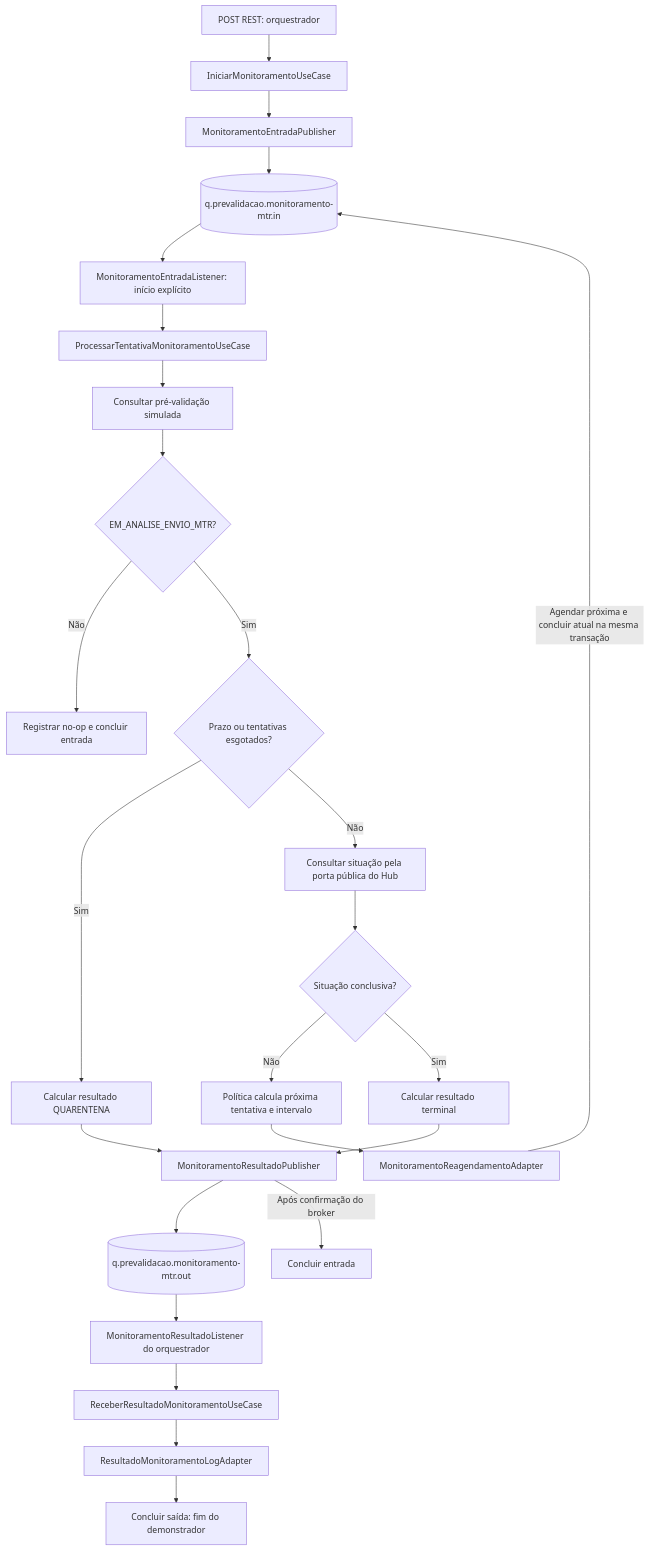
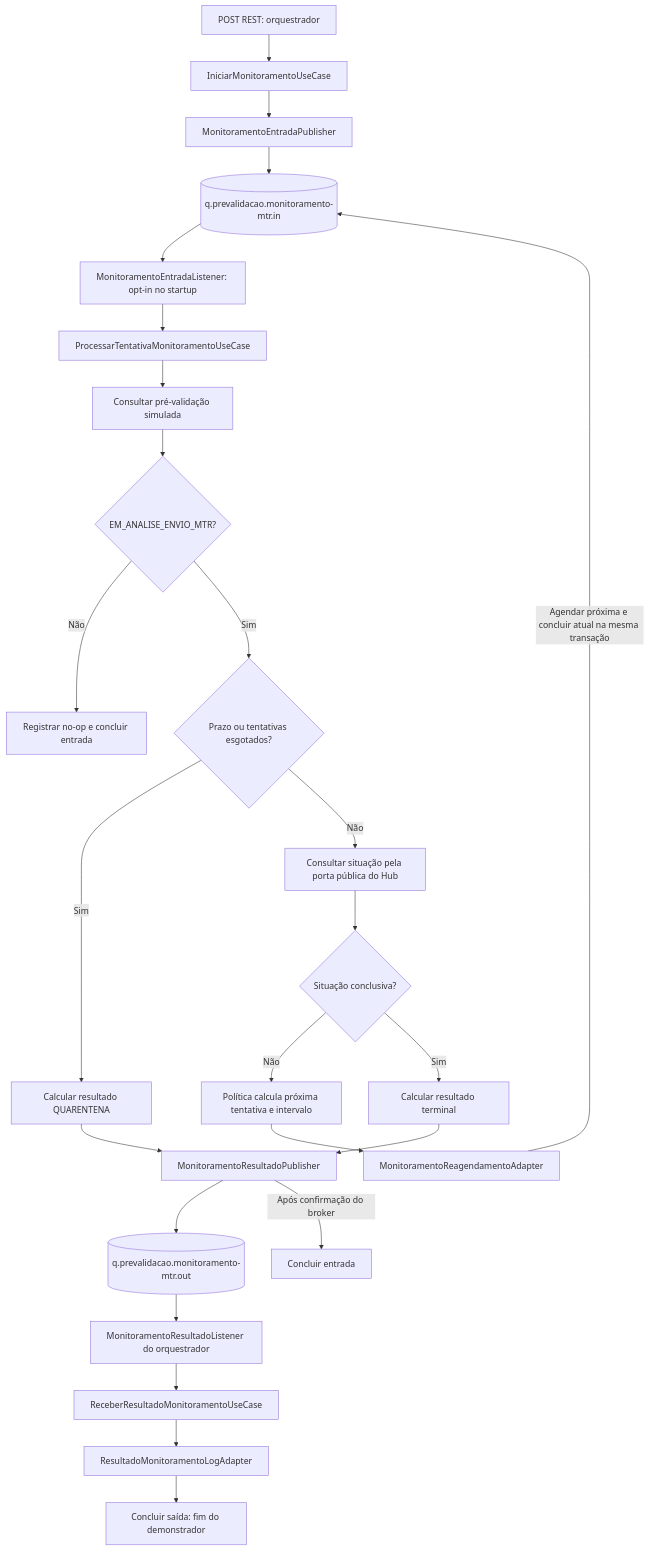
The second of 2 diagrams in doc/guias/guia-service-bus-amqp-dossie.md (edoardo-bianco/arvore-documento-quarkus-proxy-ft-simulador-otel), drawn with Mermaid before and after one commit. The commit also changed other lines of this file and 12 other files, not shown here.

First line of the commit message:
feat: ativar listener de monitoramento por configuracao

````diff
--- a/doc/guias/guia-service-bus-amqp-dossie.md
+++ b/doc/guias/guia-service-bus-amqp-dossie.md
@@ -228,27 +237,27 @@
 ```mermaid
 flowchart TD
     REST["POST REST: orquestrador"] --> INICIAR["IniciarMonitoramentoUseCase"]
     INICIAR --> PUBIN["MonitoramentoEntradaPublisher"]
     PUBIN --> QIN[("q.prevalidacao.monitoramento-mtr.in")]
-    QIN --> LIN["MonitoramentoEntradaListener: início explícito"]
+    QIN --> LIN["MonitoramentoEntradaListener: opt-in no startup"]
     LIN --> PROCESSAR["ProcessarTentativaMonitoramentoUseCase"]
     PROCESSAR --> PRE["Consultar pré-validação simulada"]
     PRE --> ELEGIVEL{"EM_ANALISE_ENVIO_MTR?"}
     ELEGIVEL -->|Não| NOOP["Registrar no-op e concluir entrada"]
     ELEGIVEL -->|Sim| LIMITE{"Prazo ou tentativas esgotados?"}
     LIMITE -->|Sim| QUARENTENA["Calcular resultado QUARENTENA"]
     LIMITE -->|Não| HUB["Consultar situação pela porta pública do Hub"]
     HUB --> CONCLUSIVO{"Situação conclusiva?"}
     CONCLUSIVO -->|Não| POLITICA["Política calcula próxima tentativa e intervalo"]
     POLITICA --> REAGENDAR["MonitoramentoReagendamentoAdapter"]
     REAGENDAR -->|"Agendar próxima e concluir atual na mesma transação"| QIN
     CONCLUSIVO -->|Sim| RESULTADO["Calcular resultado terminal"]
     RESULTADO --> PUBOUT["MonitoramentoResultadoPublisher"]
     QUARENTENA --> PUBOUT
     PUBOUT --> QOUT[("q.prevalidacao.monitoramento-mtr.out")]
     PUBOUT -->|"Após confirmação do broker"| COMPLETEIN["Concluir entrada"]
     QOUT --> LOUT["MonitoramentoResultadoListener do orquestrador"]
     LOUT --> RECEBER["ReceberResultadoMonitoramentoUseCase"]
     RECEBER --> LOG["ResultadoMonitoramentoLogAdapter"]
     LOG --> FIM["Concluir saída: fim do demonstrador"]
 ```
````
